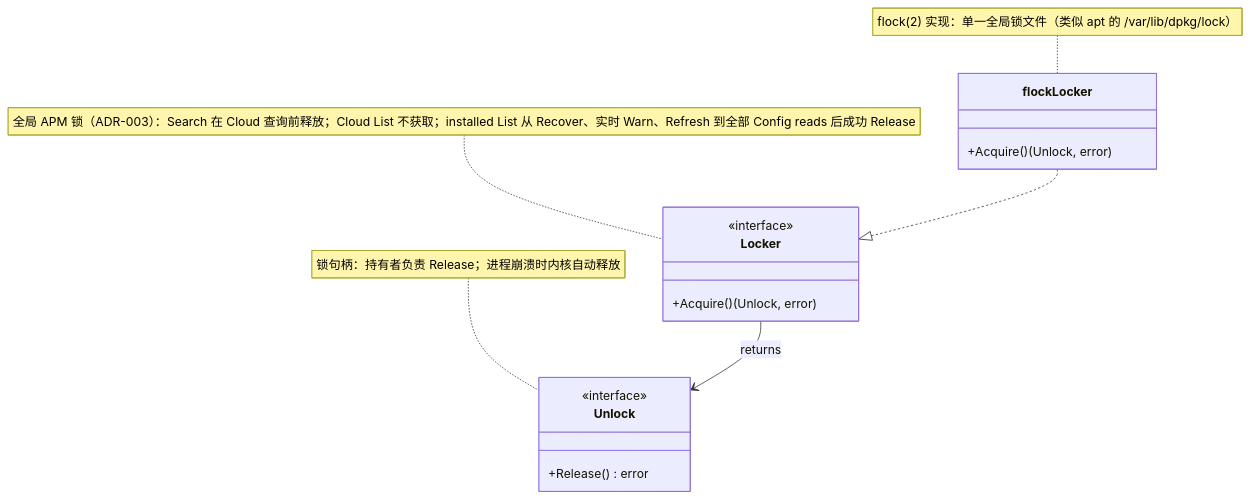
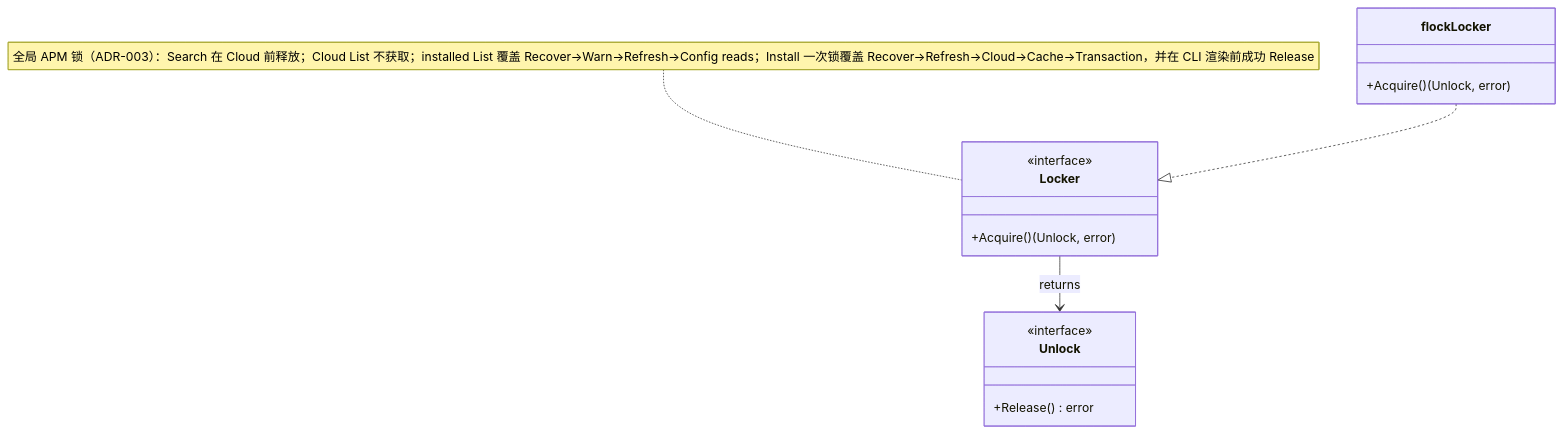
Before and after one commit to spacemit-com/agent-power-manager: the diagram in ivory-tower/c4/components/apm-cli-diagrams/lock-manager.mmd, drawn with Mermaid. The commit also changed 29 other files, not shown here.

```diff
--- a/ivory-tower/c4/components/apm-cli-diagrams/lock-manager.mmd
+++ b/ivory-tower/c4/components/apm-cli-diagrams/lock-manager.mmd
@@ -1,20 +1,16 @@
 classDiagram
-    note for Locker "全局 APM 锁（ADR-003）：Search 在 Cloud 查询前释放；Cloud List 不获取；installed List 从 Recover、实时 Warn、Refresh 到全部 Config reads 后成功 Release"
+    note for Locker "全局 APM 锁（ADR-003）：Search 在 Cloud 前释放；Cloud List 不获取；installed List 覆盖 Recover→Warn→Refresh→Config reads；Install 一次锁覆盖 Recover→Refresh→Cloud→Cache→Transaction，并在 CLI 渲染前成功 Release"
     class Locker {
         <<interface>>
         +Acquire() (Unlock, error)
     }
-
-    note for Unlock "锁句柄：持有者负责 Release；进程崩溃时内核自动释放"
     class Unlock {
         <<interface>>
         +Release() error
     }
-
-    note for flockLocker "flock(2) 实现：单一全局锁文件（类似 apt 的 /var/lib/dpkg/lock）"
     class flockLocker {
         +Acquire() (Unlock, error)
     }
 
     flockLocker ..|> Locker
     Locker --> Unlock : returns
```
